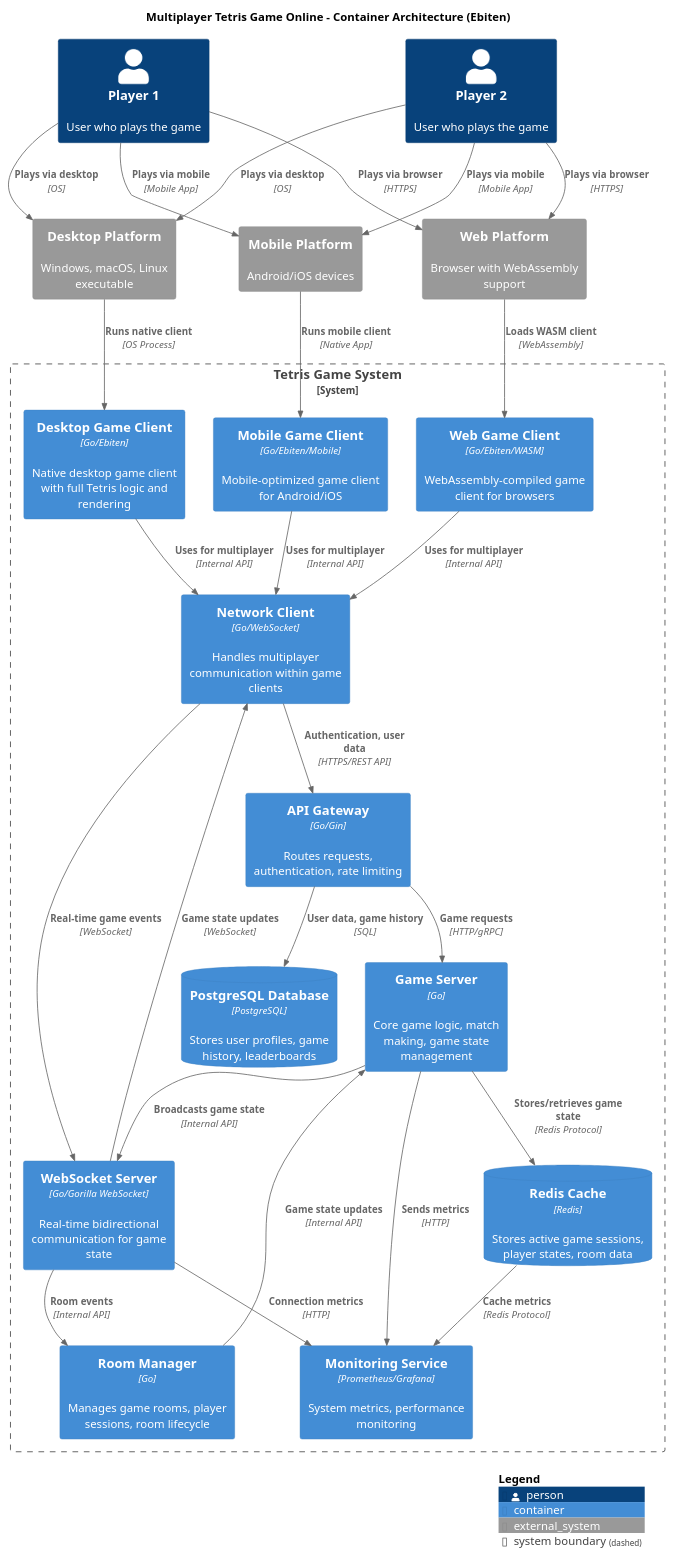
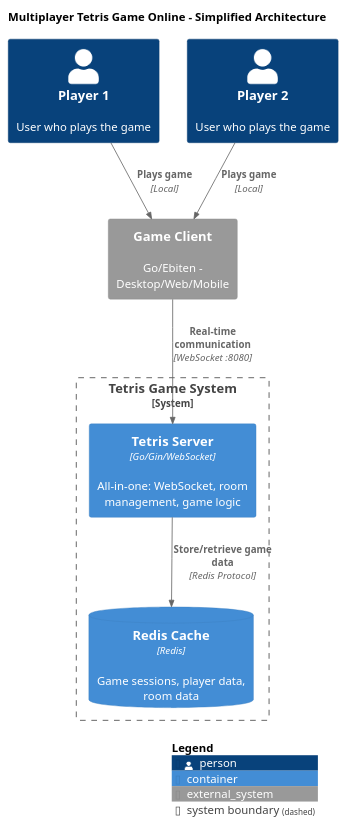
The diagram in docs/container-architecture.puml (davidimannuel/tetris-online), drawn with PlantUML before and after one commit. The commit also changed 1 other file, not shown here.

Commit message:
adjust architecture documentation

```diff
--- a/docs/container-architecture.puml
+++ b/docs/container-architecture.puml
@@ -1,81 +1,31 @@
-@startuml Multiplayer Tetris Game Online - Container Architecture (Ebiten)
+@startuml Multiplayer Tetris Game Online - Simplified Architecture
 !include https://raw.githubusercontent.com/plantuml-stdlib/C4-PlantUML/master/C4_Context.puml
 !include https://raw.githubusercontent.com/plantuml-stdlib/C4-PlantUML/master/C4_Container.puml
 
-title "Multiplayer Tetris Game Online - Container Architecture (Ebiten)"
+title "Multiplayer Tetris Game Online - Simplified Architecture"
 LAYOUT_TOP_DOWN()
 
 ' External Actors
 Person(player1, "Player 1", "User who plays the game")
 Person(player2, "Player 2", "User who plays the game")
 
-' External Systems/Platforms
-System_Ext(desktop_platform, "Desktop Platform", "Windows, macOS, Linux executable")
-System_Ext(web_platform, "Web Platform", "Browser with WebAssembly support")
-System_Ext(mobile_platform, "Mobile Platform", "Android/iOS devices")
+' Client Platform
+System_Ext(client_platform, "Game Client", "Go/Ebiten - Desktop/Web/Mobile")
 
 System_Boundary(tetris_system, "Tetris Game System") {
-    ' Client Containers (Ebiten-based)
-    Container(desktop_client, "Desktop Game Client", "Go/Ebiten", "Native desktop game client with full Tetris logic and rendering")
-    Container(web_client, "Web Game Client", "Go/Ebiten/WASM", "WebAssembly-compiled game client for browsers")
-    Container(mobile_client, "Mobile Game Client", "Go/Ebiten/Mobile", "Mobile-optimized game client for Android/iOS")
+    ' Single Backend Service
+    Container(tetris_server, "Tetris Server", "Go/Gin/WebSocket", "All-in-one: WebSocket, room management, game logic")
     
-    ' Network Layer
-    Container(network_client, "Network Client", "Go/WebSocket", "Handles multiplayer communication within game clients")
-    
-    
-    ' Backend Containers  
-    Container(api_gateway, "API Gateway", "Go/Gin", "Routes requests, authentication, rate limiting")
-    Container(websocket_server, "WebSocket Server", "Go/Gorilla WebSocket", "Real-time bidirectional communication for game state")
-    Container(game_server, "Game Server", "Go", "Core game logic, match making, game state management")
-    Container(room_manager, "Room Manager", "Go", "Manages game rooms, player sessions, room lifecycle")
-    
-    ' Data Storage
-    ContainerDb(redis_cache, "Redis Cache", "Redis", "Stores active game sessions, player states, room data")
-    ContainerDb(postgres_db, "PostgreSQL Database", "PostgreSQL", "Stores user profiles, game history, leaderboards")
-    
-    ' Monitoring & Infrastructure
-    Container(monitoring, "Monitoring Service", "Prometheus/Grafana", "System metrics, performance monitoring")
+    ' Single Database
+    ContainerDb(redis_cache, "Redis Cache", "Redis", "Game sessions, player data, room data")
 }
 
-' Relationships - Player to Platform
-Rel(player1, desktop_platform, "Plays via desktop", "OS")
-Rel(player1, web_platform, "Plays via browser", "HTTPS")
-Rel(player1, mobile_platform, "Plays via mobile", "Mobile App")
-Rel(player2, desktop_platform, "Plays via desktop", "OS")
-Rel(player2, web_platform, "Plays via browser", "HTTPS")
-Rel(player2, mobile_platform, "Plays via mobile", "Mobile App")
-
-' Platform to Client
-Rel(desktop_platform, desktop_client, "Runs native client", "OS Process")
-Rel(web_platform, web_client, "Loads WASM client", "WebAssembly")
-Rel(mobile_platform, mobile_client, "Runs mobile client", "Native App")
-
-' Client Network Communication
-Rel(desktop_client, network_client, "Uses for multiplayer", "Internal API")
-Rel(web_client, network_client, "Uses for multiplayer", "Internal API")
-Rel(mobile_client, network_client, "Uses for multiplayer", "Internal API")
-
-' Network to Backend Communication
-Rel(network_client, api_gateway, "Authentication, user data", "HTTPS/REST API")
-Rel(network_client, websocket_server, "Real-time game events", "WebSocket")
-
-' Backend Internal Communication
-Rel(api_gateway, game_server, "Game requests", "HTTP/gRPC")
-Rel(websocket_server, room_manager, "Room events", "Internal API")
-Rel(room_manager, game_server, "Game state updates", "Internal API")
-Rel(game_server, redis_cache, "Stores/retrieves game state", "Redis Protocol")
-Rel(api_gateway, postgres_db, "User data, game history", "SQL")
-
-' Real-time Communication Flow
-Rel(game_server, websocket_server, "Broadcasts game state", "Internal API")
-Rel(websocket_server, network_client, "Game state updates", "WebSocket")
-
-' Monitoring
-Rel(game_server, monitoring, "Sends metrics", "HTTP")
-Rel(websocket_server, monitoring, "Connection metrics", "HTTP")
-Rel(redis_cache, monitoring, "Cache metrics", "Redis Protocol")
+' Relationships
+Rel(player1, client_platform, "Plays game", "Local")
+Rel(player2, client_platform, "Plays game", "Local")
+Rel(client_platform, tetris_server, "Real-time communication", "WebSocket :8080")
+Rel(tetris_server, redis_cache, "Store/retrieve game data", "Redis Protocol")
 
 SHOW_LEGEND()
 
 @enduml
```
